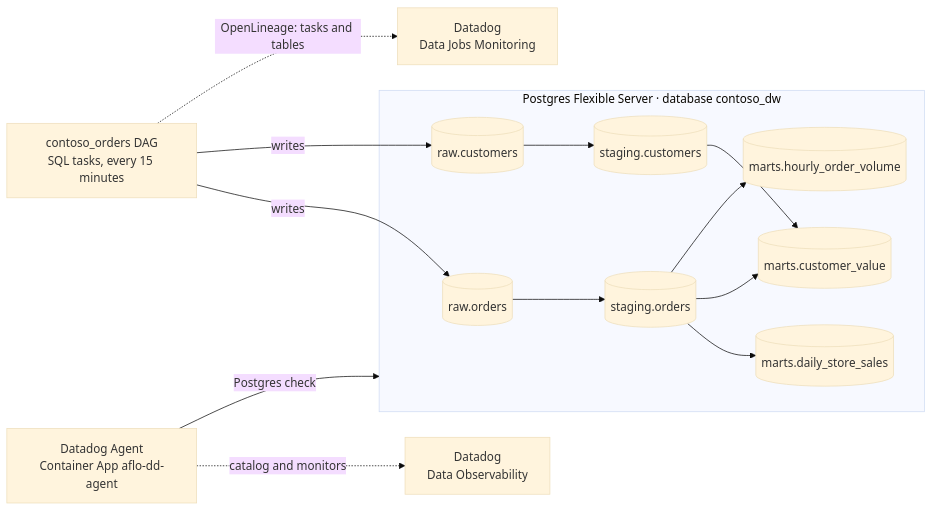
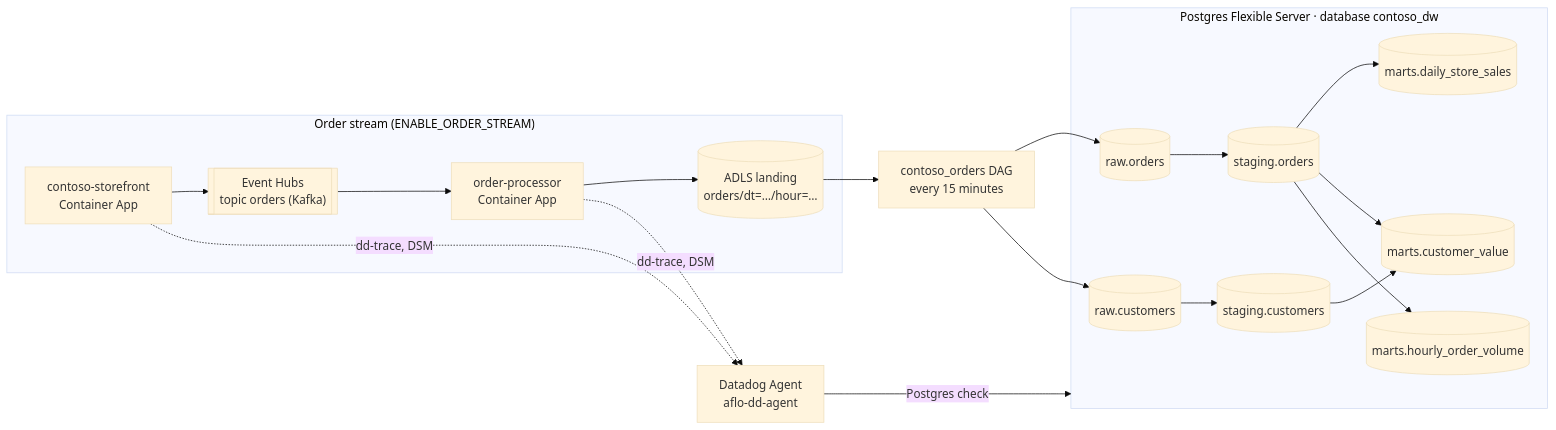
Before and after one commit to kyletaylored/airflow-aca-datadog: the diagram in docs/data-pipeline-demo.md, drawn with Mermaid (base theme). The commit also changed other lines of this file and 3 other files, not shown here.

First line of the commit message:
fix: load only .json blobs from the ADLS landing zone

````diff
--- a/docs/data-pipeline-demo.md
+++ b/docs/data-pipeline-demo.md
@@ -13,24 +22,33 @@
 ```mermaid
 flowchart LR
+    subgraph stream["Order stream (ENABLE_ORDER_STREAM)"]
+        sf["contoso-storefront<br/>Container App"]
+        eh[["Event Hubs<br/>topic orders (Kafka)"]]
+        op["order-processor<br/>Container App"]
+        lz[("ADLS landing<br/>orders/dt=…/hour=…")]
+        sf --> eh --> op --> lz
+    end
+
     subgraph dw["Postgres Flexible Server · database contoso_dw"]
         ro[("raw.orders")]
         rc[("raw.customers")]
         so[("staging.orders")]
         sc[("staging.customers")]
         m1[("marts.daily_store_sales")]
         m2[("marts.customer_value")]
         m3[("marts.hourly_order_volume")]
     end
 
-    dag["contoso_orders DAG<br/>SQL tasks, every 15 minutes"]
-    agent["Datadog Agent<br/>Container App aflo-dd-agent"]
+    dag["contoso_orders DAG<br/>every 15 minutes"]
 
-    dag -- "writes" --> ro & rc
+    lz --> dag
+    dag --> ro & rc
     ro --> so
     rc --> sc
     so --> m1 & m2 & m3
     sc --> m2
-    dag -. "OpenLineage: tasks and tables" .-> djm["Datadog<br/>Data Jobs Monitoring"]
+
+    agent["Datadog Agent<br/>aflo-dd-agent"]
     agent -- "Postgres check" --> dw
-    agent -. "catalog and monitors" .-> dob["Datadog<br/>Data Observability"]
+    sf & op -. "dd-trace, DSM" .-> agent
 ```
````
